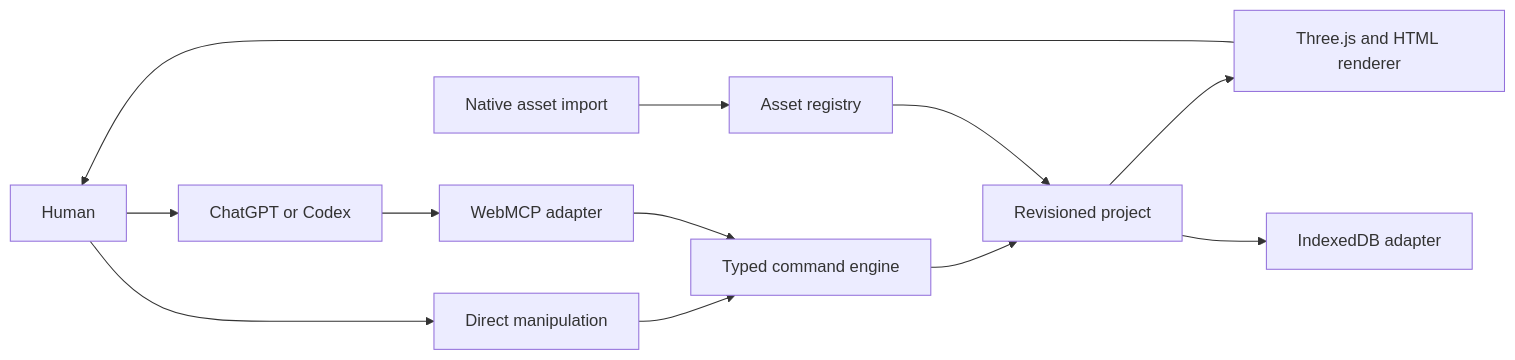
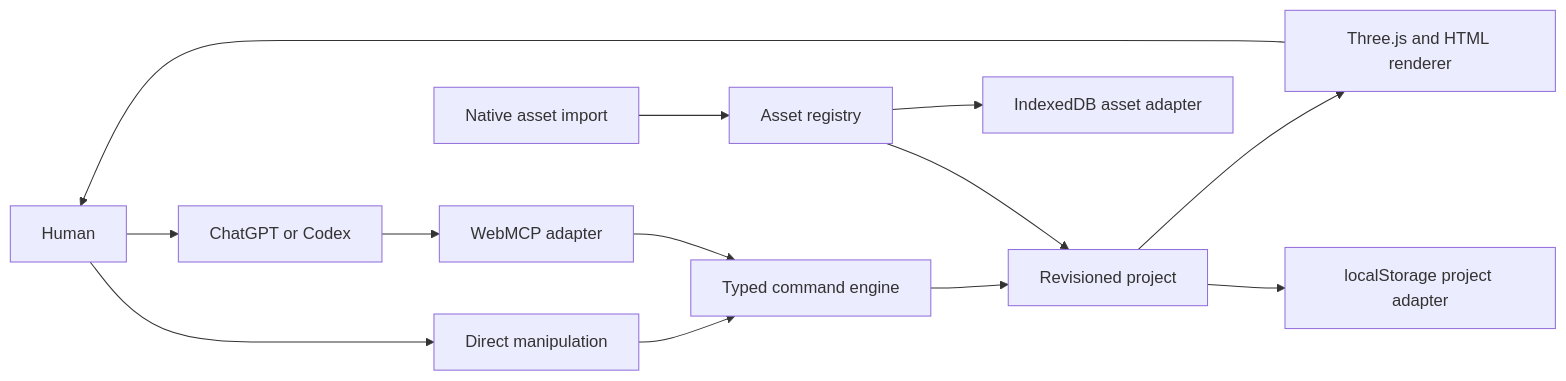
The diagram in docs/PRODUCT_ARCHITECTURE.md (mike007jd/apertale), drawn with Mermaid before and after one commit. The commit also changed other lines of this file and 209 other files, not shown here.

````diff
--- a/docs/PRODUCT_ARCHITECTURE.md
+++ b/docs/PRODUCT_ARCHITECTURE.md
@@ -77,14 +77,15 @@
 ```mermaid
 flowchart LR
     User[Human] --> Direct[Direct manipulation]
     User --> Host[ChatGPT or Codex]
     Host --> MCP[WebMCP adapter]
     Direct --> Commands[Typed command engine]
     MCP --> Commands
     Upload[Native asset import] --> Assets[Asset registry]
     Commands --> Project[Revisioned project]
     Assets --> Project
     Project --> Render[Three.js and HTML renderer]
-    Project --> Persist[IndexedDB adapter]
+    Project --> Persist[localStorage project adapter]
+    Assets --> AssetPersist[IndexedDB asset adapter]
     Render --> User
 ```
````
